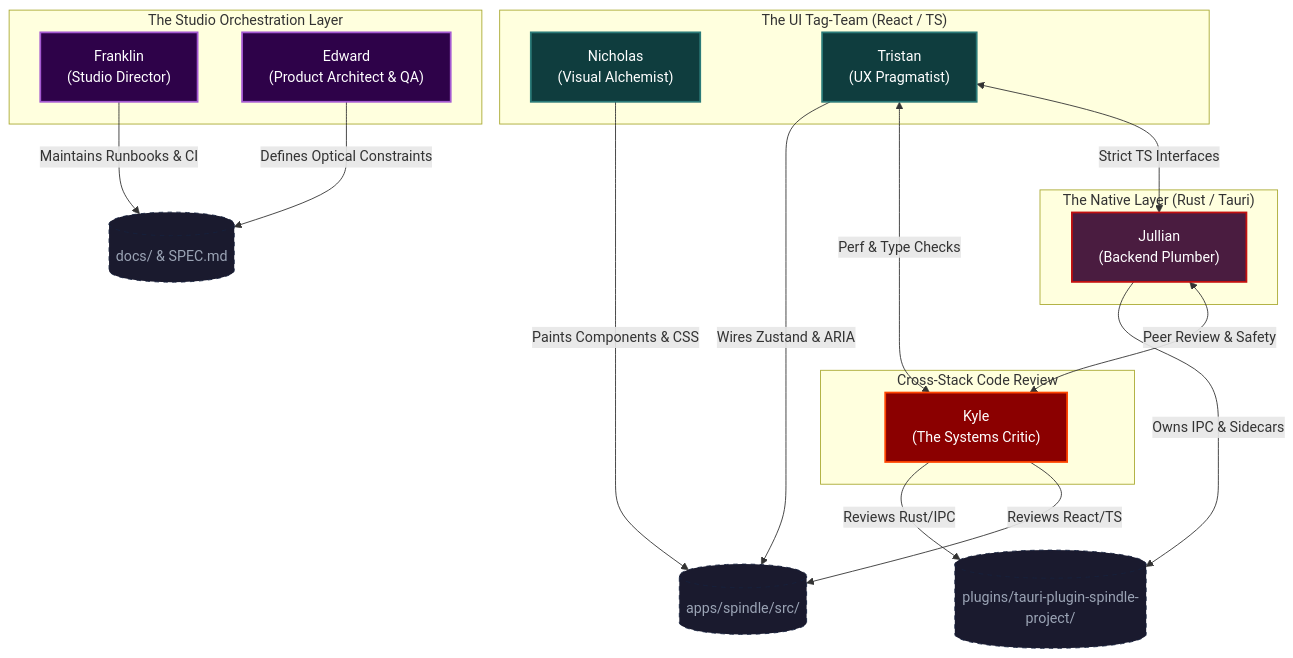
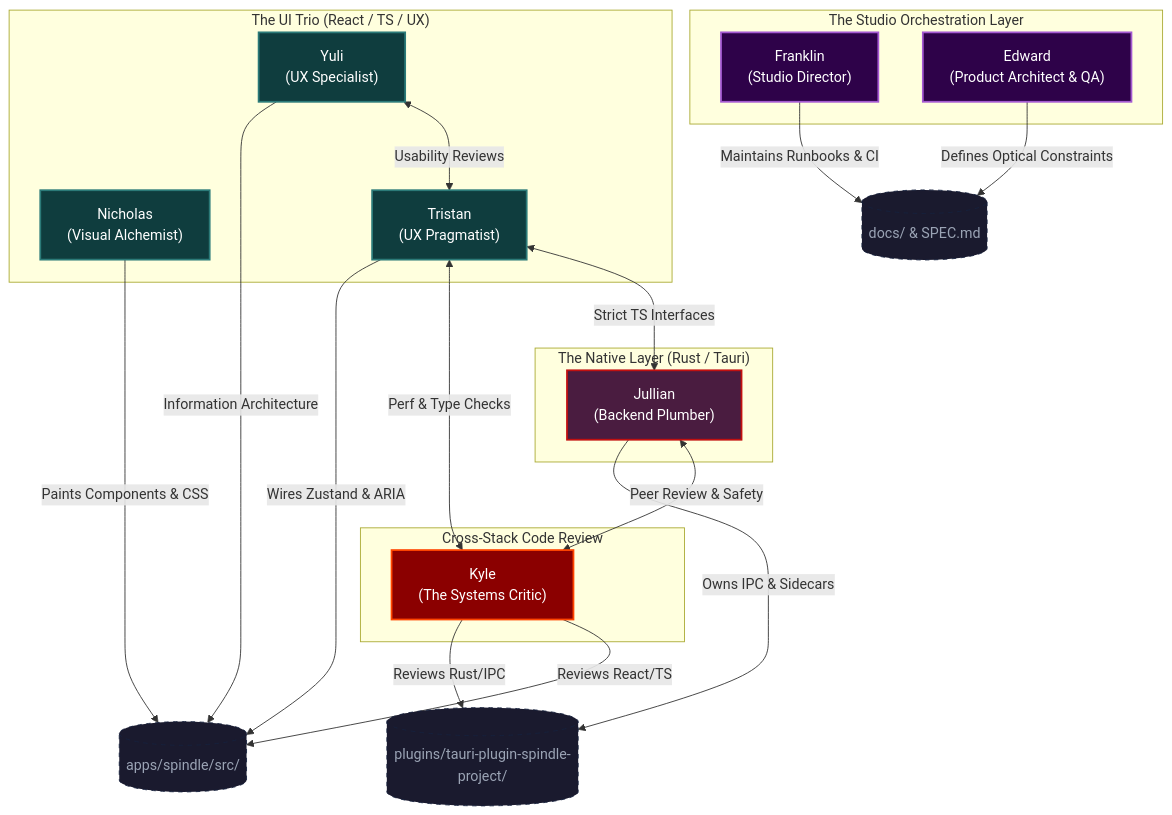
Before and after one commit to liminal-hq/spindle: the diagram in docs/spindle-persona-map.md, drawn with Mermaid. The commit also changed other lines of this file and 4 other files, not shown here.

````diff
--- a/docs/spindle-persona-map.md
+++ b/docs/spindle-persona-map.md
@@ -7,49 +7,52 @@
 ```mermaid
 flowchart TD
     %% Define Styles
     classDef orchestrator fill:#2e0249,stroke:#a459d1,stroke-width:2px,color:#fff;
     classDef frontend fill:#0f3d3e,stroke:#2b7a78,stroke-width:2px,color:#fff;
     classDef backend fill:#4a1c40,stroke:#c21010,stroke-width:2px,color:#fff;
     classDef reviewer fill:#8b0000,stroke:#ff4500,stroke-width:2px,color:#fff;
     classDef repo fill:#1a1a2e,stroke:#16213e,stroke-width:1px,color:#9ba4b5,stroke-dasharray: 5 5;
 
     subgraph Management ["The Studio Orchestration Layer"]
         F["Franklin<br/>(Studio Director)"]:::orchestrator
         E["Edward<br/>(Product Architect & QA)"]:::orchestrator
     end
 
-    subgraph Frontend ["The UI Tag-Team (React / TS)"]
+    subgraph Frontend ["The UI Trio (React / TS / UX)"]
         N["Nicholas<br/>(Visual Alchemist)"]:::frontend
         T["Tristan<br/>(UX Pragmatist)"]:::frontend
+        Y["Yuli<br/>(UX Specialist)"]:::frontend
     end
 
     subgraph Backend ["The Native Layer (Rust / Tauri)"]
         J["Jullian<br/>(Backend Plumber)"]:::backend
     end
 
     subgraph QA ["Cross-Stack Code Review"]
         K["Kyle<br/>(The Systems Critic)"]:::reviewer
     end
 
     %% Repositories
     DocDir[("docs/ & SPEC.md")]:::repo
     ReactDir[("apps/spindle/src/")]:::repo
     RustDir[("plugins/tauri-plugin-spindle-project/")]:::repo
 
     %% Connections
     F -->|Maintains Runbooks & CI| DocDir
     E -->|Defines Optical Constraints| DocDir
 
     N -->|Paints Components & CSS| ReactDir
     T -->|Wires Zustand & ARIA| ReactDir
+    Y -->|Information Architecture| ReactDir
 
     J -->|Owns IPC & Sidecars| RustDir
 
     K -->|Reviews Rust/IPC| RustDir
     K -->|Reviews React/TS| ReactDir
 
     J <-->|Peer Review & Safety| K
     T <-->|Perf & Type Checks| K
+    Y <-->|Usability Reviews| T
 
     T <-->|Strict TS Interfaces| J
 ```
````
